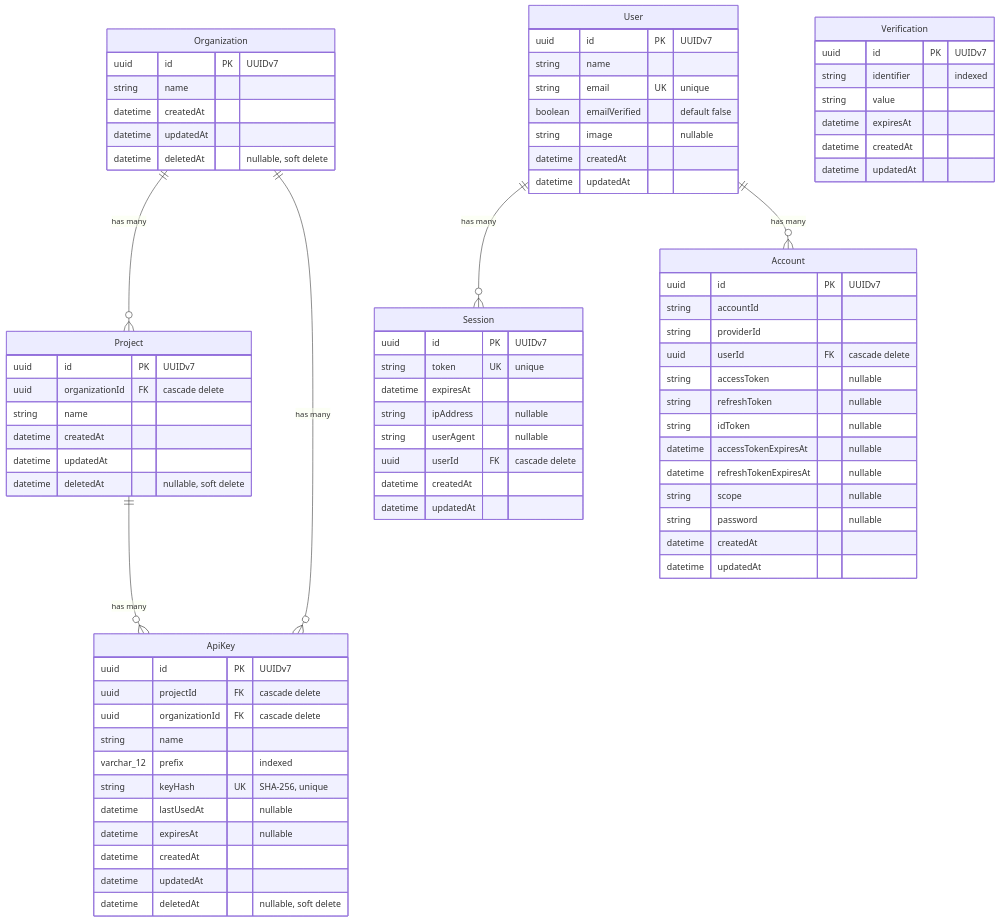
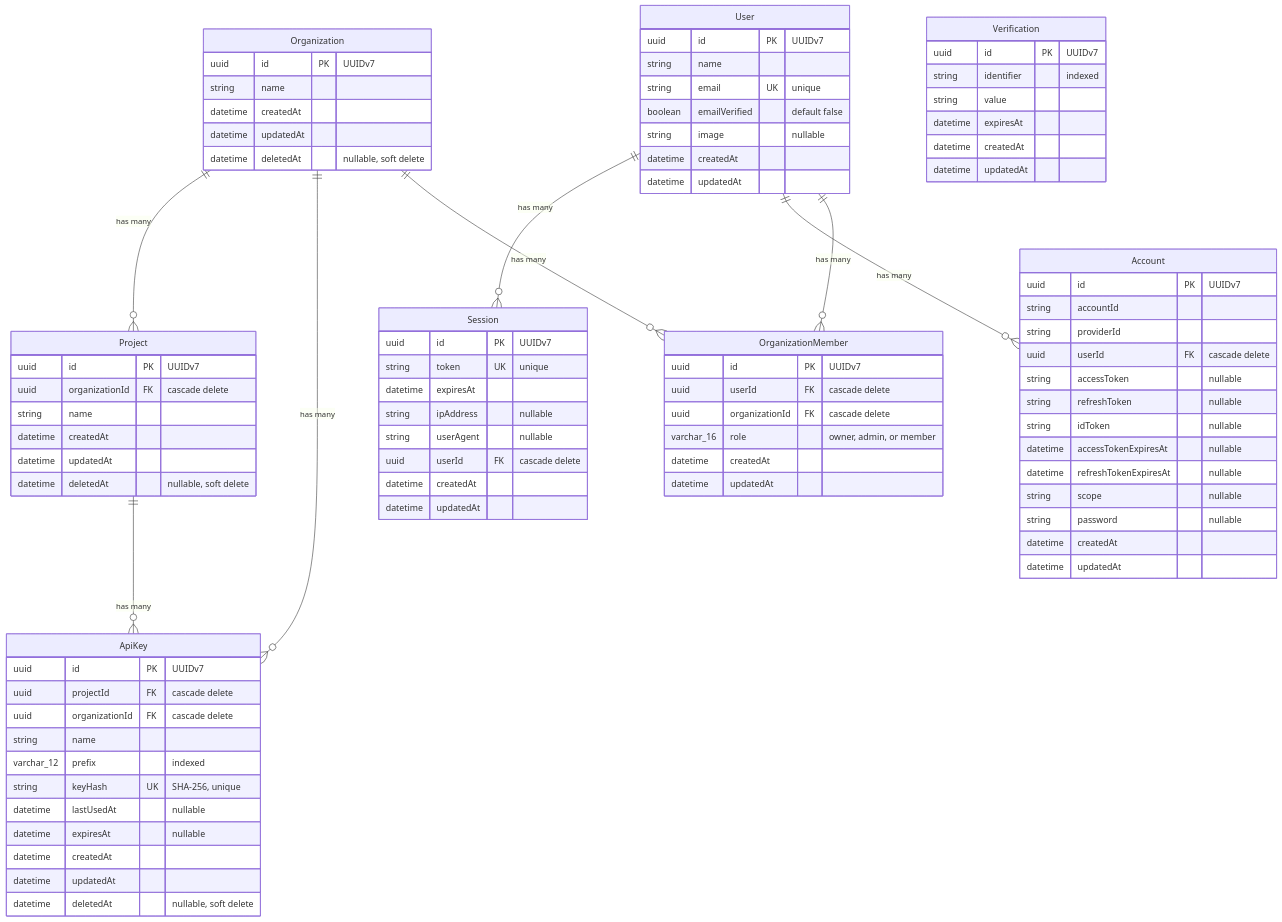
The third of 5 diagrams in OVERVIEW.md (MateusRoscoe/quantyx), drawn with Mermaid before and after one commit. The commit also changed other lines of this file and 7 other files, not shown here.

```diff
--- a/OVERVIEW.md
+++ b/OVERVIEW.md
@@ -238,9 +267,11 @@
 erDiagram
     Organization ||--o{ Project : "has many"
     Organization ||--o{ ApiKey : "has many"
+    Organization ||--o{ OrganizationMember : "has many"
     Project ||--o{ ApiKey : "has many"
     User ||--o{ Session : "has many"
     User ||--o{ Account : "has many"
+    User ||--o{ OrganizationMember : "has many"
 
     Organization {
         uuid id PK "UUIDv7"
@@ -257,6 +288,15 @@
         datetime createdAt
         datetime updatedAt
         datetime deletedAt "nullable, soft delete"
+    }
+
+    OrganizationMember {
+        uuid id PK "UUIDv7"
+        uuid userId FK "cascade delete"
+        uuid organizationId FK "cascade delete"
+        varchar_16 role "owner, admin, or member"
+        datetime createdAt
+        datetime updatedAt
     }
 
     User {
```
